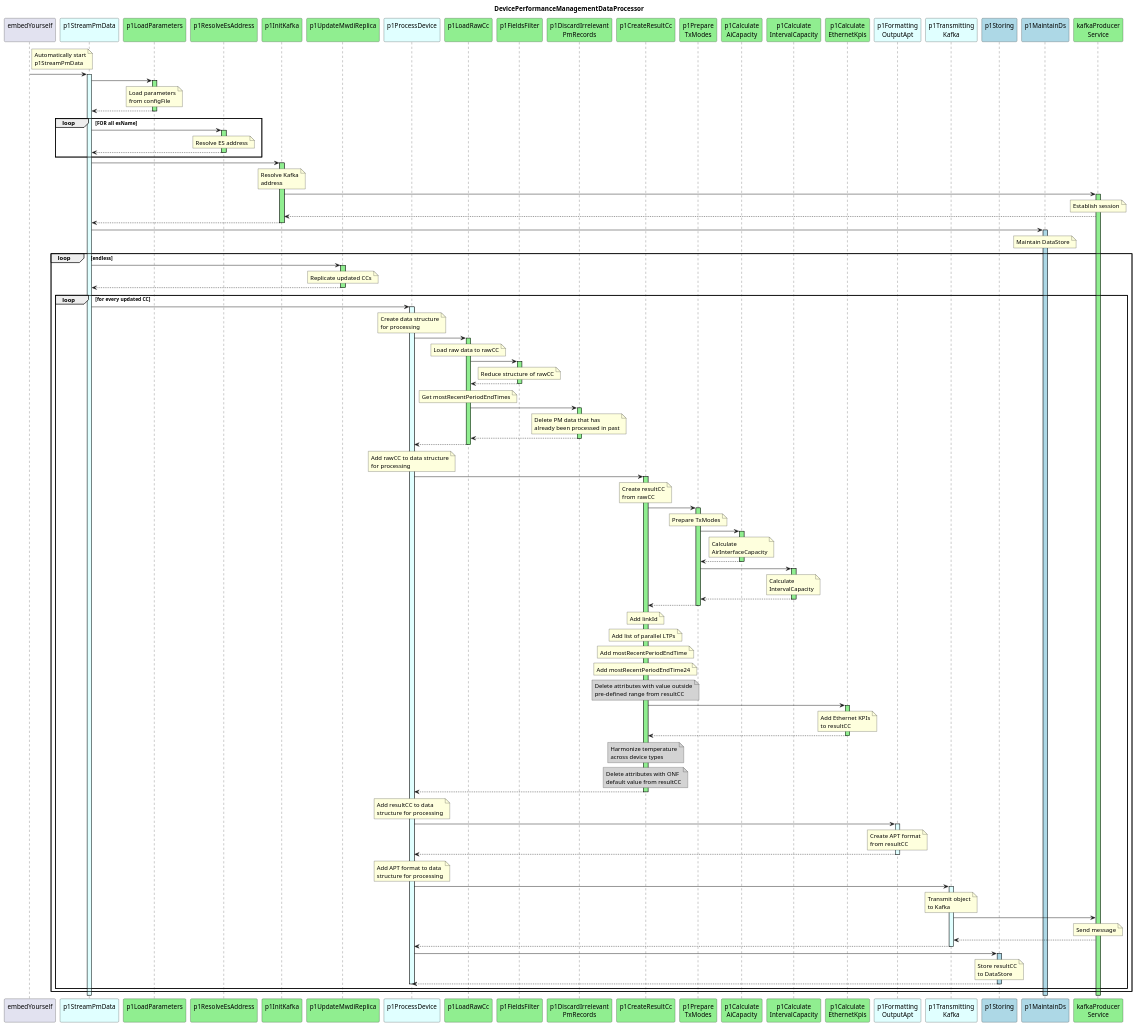
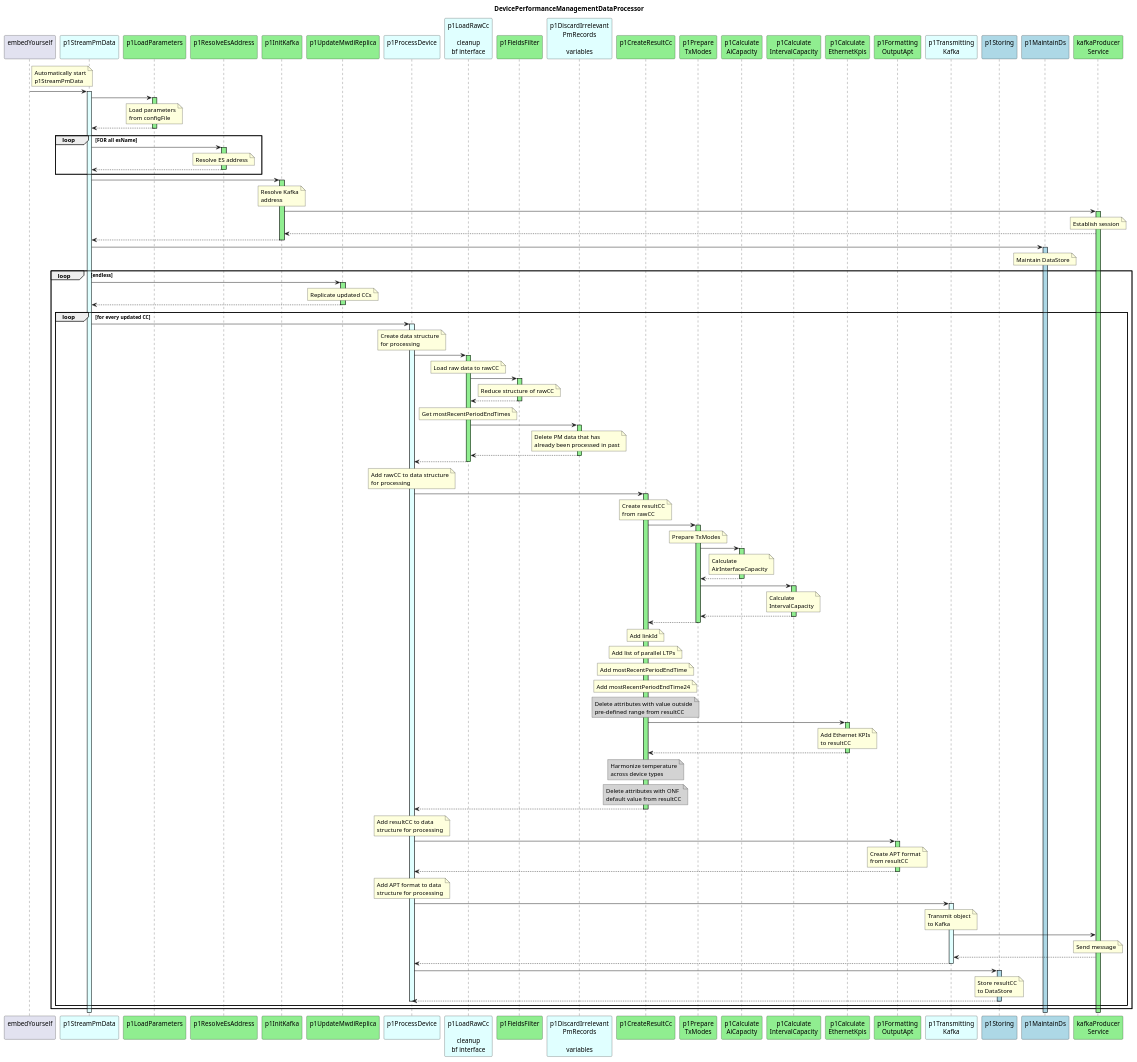
The diagram in spec/diagrams/hl_sequence.plantuml (openBackhaul/DevicePerformanceManagementDataProcessor), drawn with PlantUML before and after one commit. The commit also changed 25 other files, not shown here.

Commit message:
Finalize p1FormattingOutputApt

```diff
--- a/spec/diagrams/hl_sequence.plantuml
+++ b/spec/diagrams/hl_sequence.plantuml
@@ -14,9 +14,9 @@
 
 participant "p1ProcessDevice\n" as p1ProcessPm #LightCyan
 
-participant "p1LoadRawCc\n" as p1AddRaw #LightGreen
+participant "p1LoadRawCc\n\ncleanup\nbf interface" as p1AddRaw #LightCyan
 participant "p1FieldsFilter\n" as p1FieldsFilter #LightGreen
-participant "p1DiscardIrrelevant\nPmRecords" as filterPm #LightGreen
+participant "p1DiscardIrrelevant\nPmRecords\n\nvariables" as filterPm #LightCyan
 
 participant "p1CreateResultCc\n" as p1CreateResultCC #LightGreen
 participant "p1Prepare\nTxModes" as prepTxModes #LightGreen
@@ -24,7 +24,7 @@
 participant "p1Calculate\nIntervalCapacity" as intCC #LightGreen
 participant "p1Calculate\nEthernetKpis" as p1EthKpi #LightGreen
 
-participant "p1Formatting\nOutputApt" as p1Output #LightCyan
+participant "p1Formatting\nOutputApt" as p1Output #LightGreen
 
 participant "p1Transmitting\nKafka" as p1Trans #LightCyan
 
@@ -246,7 +246,7 @@
 
         ' Format OutputAPT ->
         p1ProcessPm -> p1Output
-        activate p1Output #LightCyan
+        activate p1Output #LightGreen
 
           note over p1Output
             Create APT format
```
